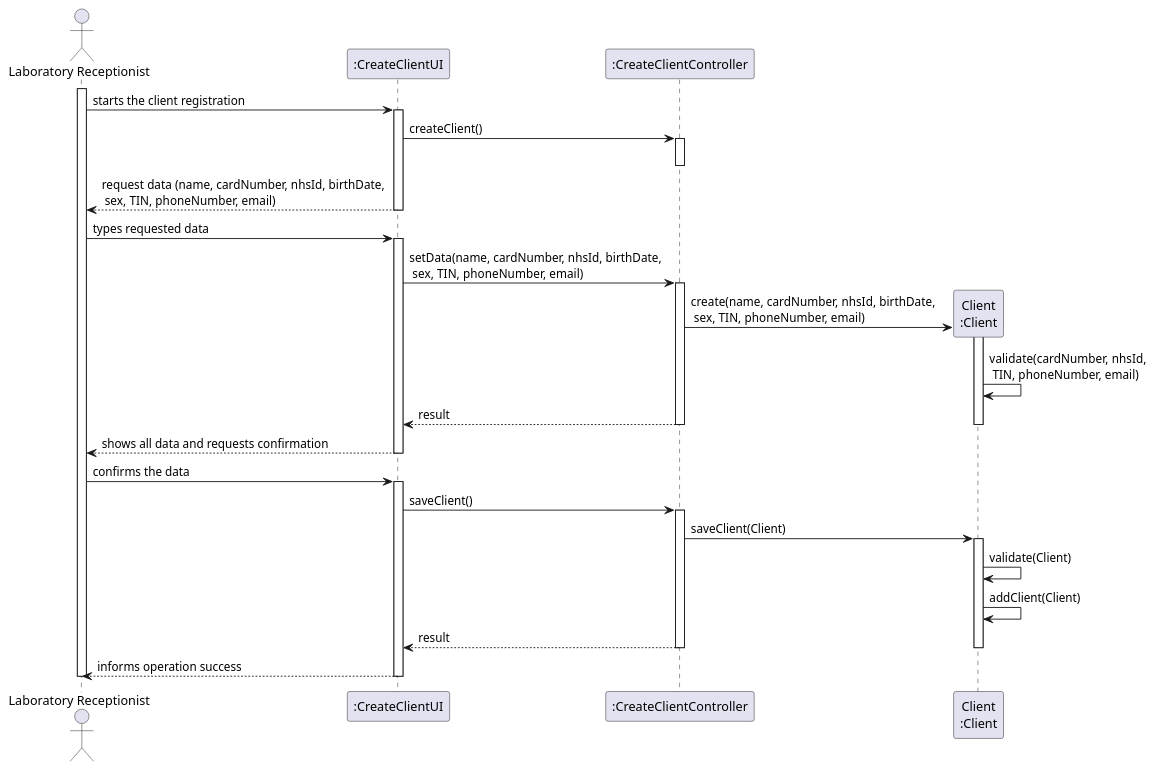
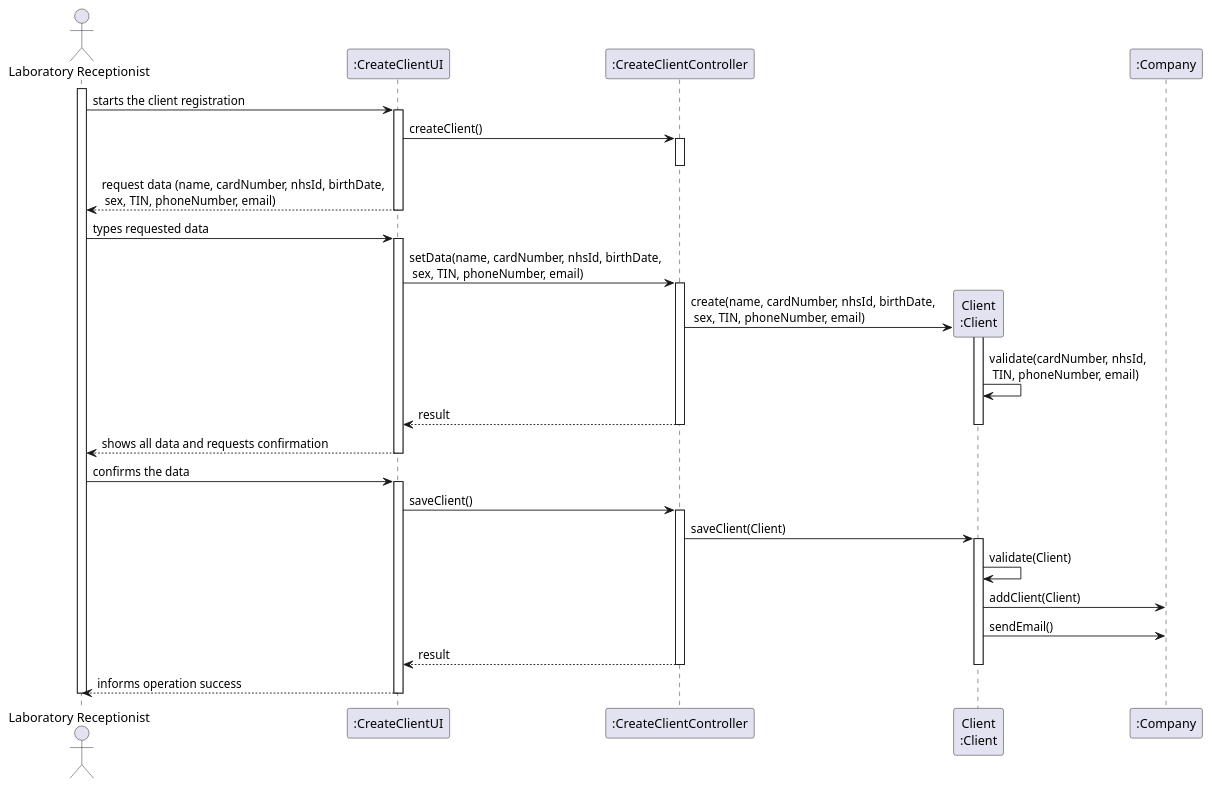
The diagram in docs/SprintB/US3/US3_SD.puml (MadDinosaur/ISEP-LAPR2), drawn with PlantUML before and after one commit. The commit also changed 5 other files, not shown here.

```diff
--- a/docs/SprintB/US3/US3_SD.puml
+++ b/docs/SprintB/US3/US3_SD.puml
@@ -1,43 +1,44 @@
 @startuml
 actor "Laboratory Receptionist" as LR
 participant ":CreateClientUI" as ui
 participant ":CreateClientController" as controller
 participant "Client\n:Client" as clt
 
 
 activate LR
 LR -> ui : starts the client registration
 activate ui
 ui -> controller : createClient()
 activate controller
 deactivate controller
 ui --> LR : request data (name, cardNumber, nhsId, birthDate, \n sex, TIN, phoneNumber, email)
 deactivate ui
 LR -> ui : types requested data
 activate ui
 ui -> controller : setData(name, cardNumber, nhsId, birthDate, \n sex, TIN, phoneNumber, email)
 activate controller
 controller -> clt** : create(name, cardNumber, nhsId, birthDate, \n sex, TIN, phoneNumber, email)
 activate clt
 clt -> clt : validate(cardNumber, nhsId,\n TIN, phoneNumber, email)
 controller --> ui : result
 deactivate clt
 deactivate controller
 ui --> LR : shows all data and requests confirmation
 deactivate ui
 LR -> ui : confirms the data
 activate ui
 ui -> controller : saveClient()
 activate controller
 controller -> clt : saveClient(Client)
 activate clt
 clt -> clt : validate(Client)
-clt -> clt : addClient(Client)
+clt -> ":Company" : addClient(Client)
+clt -> ":Company" : sendEmail()
 controller --> ui : result
 deactivate clt
 deactivate controller
 ui --> LR : informs operation success
 deactivate ui
 deactivate LR
 
 @enduml
```
